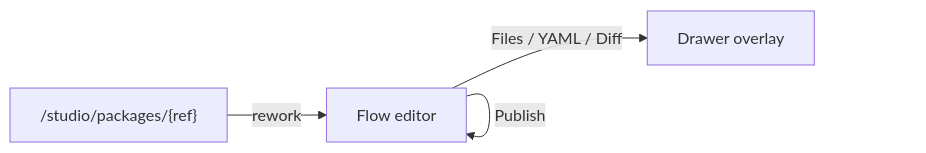
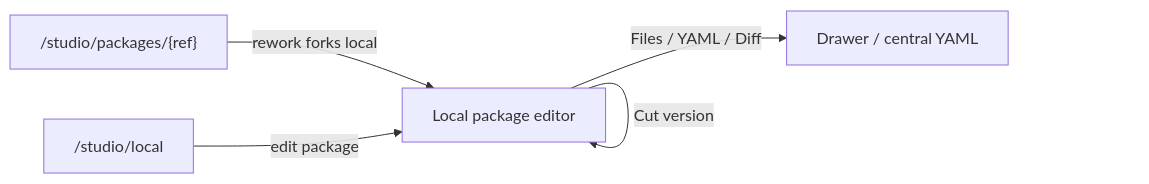
The first of 2 diagrams in docs/screens/studio/editor.md (maister-dev/maister), drawn with Mermaid before and after one commit. The commit also changed other lines of this file and 44 other files, not shown here.

First line of the commit message:
feat(studio): finish package workspace polish

````diff
--- a/docs/screens/studio/editor.md
+++ b/docs/screens/studio/editor.md
@@ -46,7 +47,8 @@
 ```mermaid
 flowchart LR
-    Detail["/studio/packages/{ref}"] -->|rework| Editor["Flow editor"]
-    Editor -->|Save draft| Editor
-    Editor -->|Publish| Editor
-    Editor -->|Files / YAML / Diff| Drawer["Drawer overlay"]
+    Detail["/studio/packages/{ref}"] -->|rework forks local| Editor["Local package editor"]
+    Local["/studio/local"] -->|edit package| Editor
+    Editor -->|Save| Editor
+    Editor -->|Cut version| Editor
+    Editor -->|Files / YAML / Diff| Drawer["Drawer / central YAML"]
 ```
````
